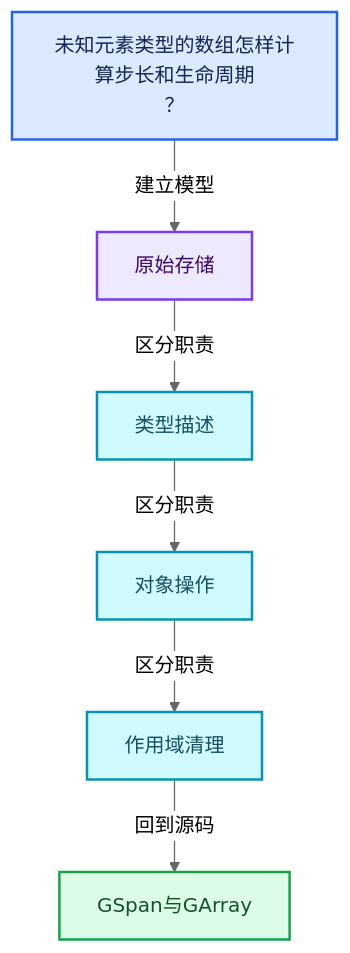
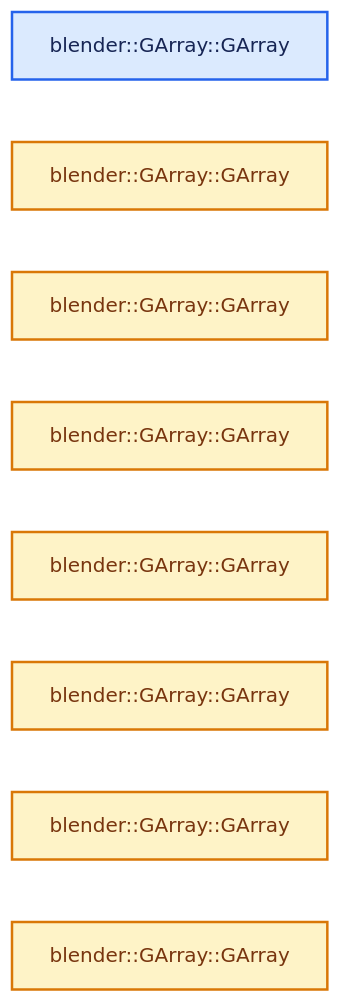
Before and after one commit to yunkezengren/blender-.vscode: the second of 4 diagrams in 杂/markdown/全面学习-codex/03-内存分配与运行时类型/11-GSpan与GArray.md, drawn with Mermaid (neutral theme). The commit also changed other lines of this file and 1930 other files, not shown here.

````diff
--- a/杂/markdown/全面学习-codex/03-内存分配与运行时类型/11-GSpan与GArray.md
+++ b/杂/markdown/全面学习-codex/03-内存分配与运行时类型/11-GSpan与GArray.md
@@ -61,20 +46,17 @@
 ```mermaid
-flowchart TB
-  Q["未知元素类型的数组怎样计算步长和生命周期<br/>？"]:::input
-  C0["原始存储"]:::abstraction
-  C1["类型描述"]:::data
-  C2["对象操作"]:::data
-  C3["作用域清理"]:::data
-  R["GSpan与GArray"]:::result
-  Q -->|"建立模型"| C0
-  C0 -->|"区分职责"| C1
-  C1 -->|"区分职责"| C2
-  C2 -->|"区分职责"| C3
-  C3 -->|"回到源码"| R
+flowchart LR
+  F0["blender::GArray::GArray"]:::input
+  F1["blender::GArray::GArray"]:::compute
+  F2["blender::GArray::GArray"]:::compute
+  F3["blender::GArray::GArray"]:::compute
+  F4["blender::GArray::GArray"]:::compute
+  F5["blender::GArray::GArray"]:::compute
+  F6["blender::GArray::GArray"]:::compute
+  F7["blender::GArray::GArray"]:::compute
   classDef input fill:#DBEAFE,stroke:#2563EB,color:#172554,stroke-width:2px;
   classDef data fill:#CFFAFE,stroke:#0891B2,color:#164E63,stroke-width:2px;
   classDef abstraction fill:#EDE9FE,stroke:#7C3AED,color:#3B0764,stroke-width:2px;
   classDef compute fill:#FEF3C7,stroke:#D97706,color:#78350F,stroke-width:2px;
   classDef result fill:#DCFCE7,stroke:#16A34A,color:#14532D,stroke-width:2px;
   classDef error fill:#FEE2E2,stroke:#DC2626,color:#7F1D1D,stroke-width:2px;
 ```
````
